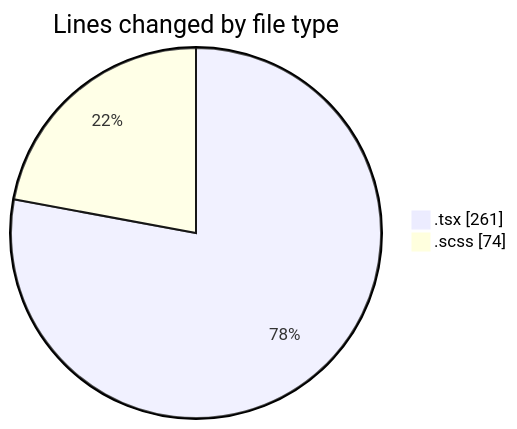
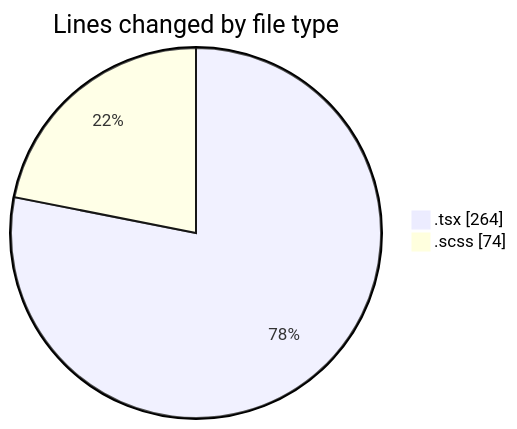
One commit to momahboobian/code-tracking changed the first of 2 diagrams in 2025-12-09/cda/README.md. Above: the diagram before and after it, drawn with Mermaid. The commit also changed other lines of this file and 1 other file, not shown here.

````diff
--- a/2025-12-09/cda/README.md
+++ b/2025-12-09/cda/README.md
@@ -22,6 +22,6 @@
 ```mermaid
 pie showData
 title Lines changed by file type
-".tsx" : 261
+".tsx" : 264
 ".scss" : 74
 ```
````
